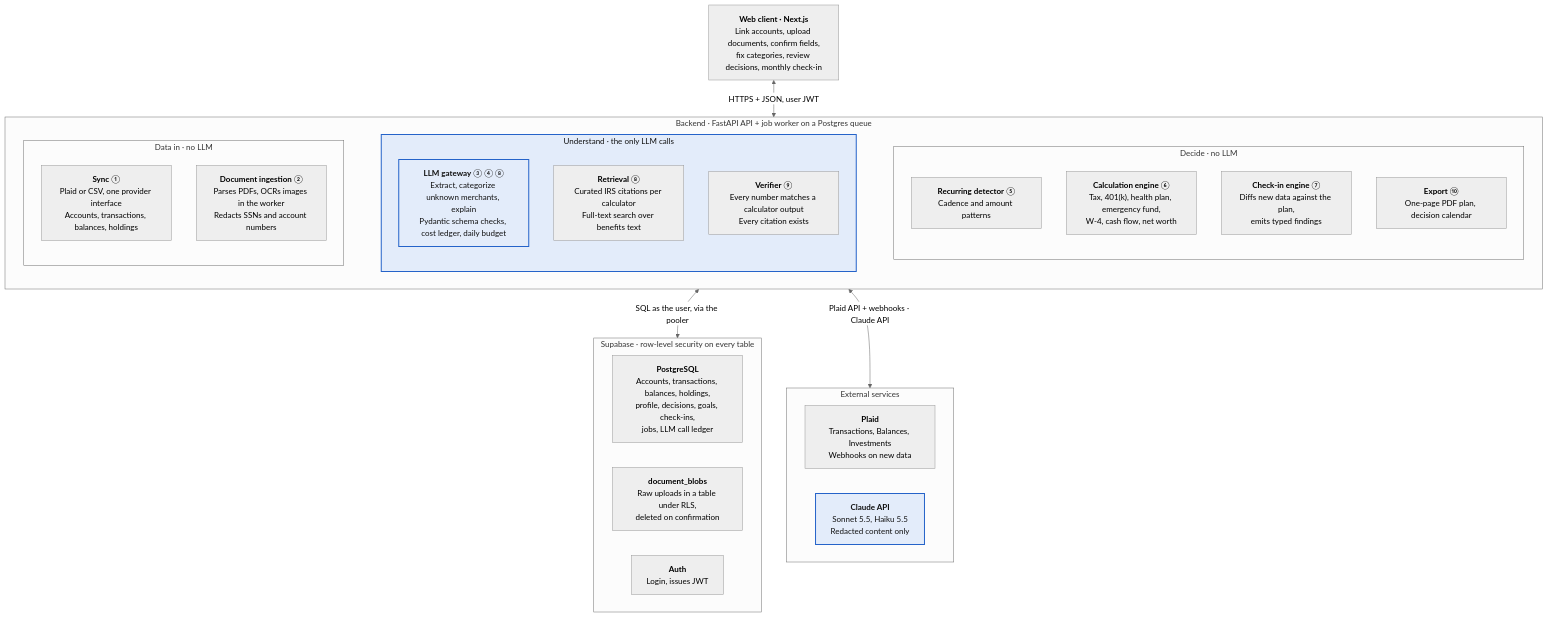
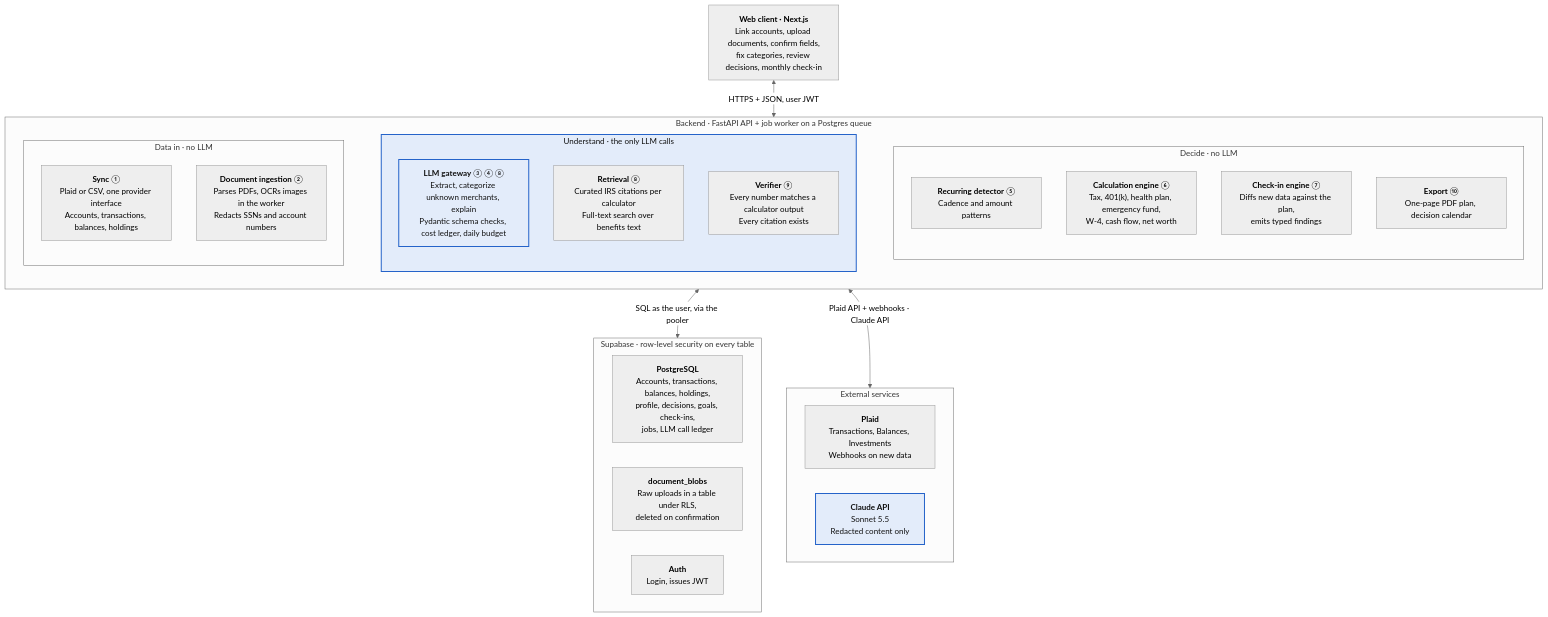
One commit to hkwan16/First-Paycheck changed the first of 2 diagrams in docs/technical-spec.md. Above: the diagram before and after it, drawn with Mermaid (neutral theme). The commit also changed other lines of this file and 1 other file, not shown here.

First line of the commit message:
docs(specs): categorize with Sonnet 5.5 instead of Haiku 5.5

````diff
--- a/docs/technical-spec.md
+++ b/docs/technical-spec.md
@@ -13,45 +13,45 @@
 ```mermaid
 flowchart TB
   Web["<b>Web client · Next.js</b><br/>Link accounts, upload documents, confirm fields,<br/>fix categories, review decisions, monthly check-in"]
 
   subgraph Backend["Backend · FastAPI API + job worker on a Postgres queue"]
     direction LR
     subgraph In["Data in · no LLM"]
       Sync["<b>Sync</b> ①<br/>Plaid or CSV, one provider interface<br/>Accounts, transactions, balances, holdings"]
       Ingest["<b>Document ingestion</b> ②<br/>Parses PDFs, OCRs images in the worker<br/>Redacts SSNs and account numbers"]
     end
     subgraph AI["Understand · the only LLM calls"]
       Gateway["<b>LLM gateway</b> ③ ④ ⑧<br/>Extract, categorize unknown merchants, explain<br/>Pydantic schema checks, cost ledger, daily budget"]
       Retrieval["<b>Retrieval</b> ⑧<br/>Curated IRS citations per calculator<br/>Full-text search over benefits text"]
       Verify["<b>Verifier</b> ⑨<br/>Every number matches a calculator output<br/>Every citation exists"]
     end
     subgraph Decide["Decide · no LLM"]
       Detect["<b>Recurring detector</b> ⑤<br/>Cadence and amount patterns"]
       Calc["<b>Calculation engine</b> ⑥<br/>Tax, 401(k), health plan, emergency fund,<br/>W-4, cash flow, net worth"]
       CheckIn["<b>Check-in engine</b> ⑦<br/>Diffs new data against the plan,<br/>emits typed findings"]
       Export["<b>Export</b> ⑩<br/>One-page PDF plan, decision calendar"]
     end
   end
 
   subgraph Ext["External services"]
     direction LR
     Plaid["<b>Plaid</b><br/>Transactions, Balances, Investments<br/>Webhooks on new data"]
-    Claude["<b>Claude API</b><br/>Sonnet 5.5, Haiku 5.5<br/>Redacted content only"]
+    Claude["<b>Claude API</b><br/>Sonnet 5.5<br/>Redacted content only"]
   end
 
   subgraph Supabase["Supabase · row-level security on every table"]
     direction LR
     PG["<b>PostgreSQL</b><br/>Accounts, transactions, balances, holdings,<br/>profile, decisions, goals, check-ins,<br/>jobs, LLM call ledger"]
     Blobs["<b>document_blobs</b><br/>Raw uploads in a table under RLS,<br/>deleted on confirmation"]
     Auth["<b>Auth</b><br/>Login, issues JWT"]
   end
 
   In ~~~ AI ~~~ Decide
   Web <-->|"HTTPS + JSON, user JWT"| Backend
   Backend <-->|"SQL as the user, via the pooler"| Supabase
   Backend <-->|"Plaid API + webhooks · Claude API"| Ext
 
   classDef llm fill:#e3ecfa,stroke:#2563c9,stroke-width:2px,color:#111
   class Gateway,Claude llm
   class AI llm
 ```
````
